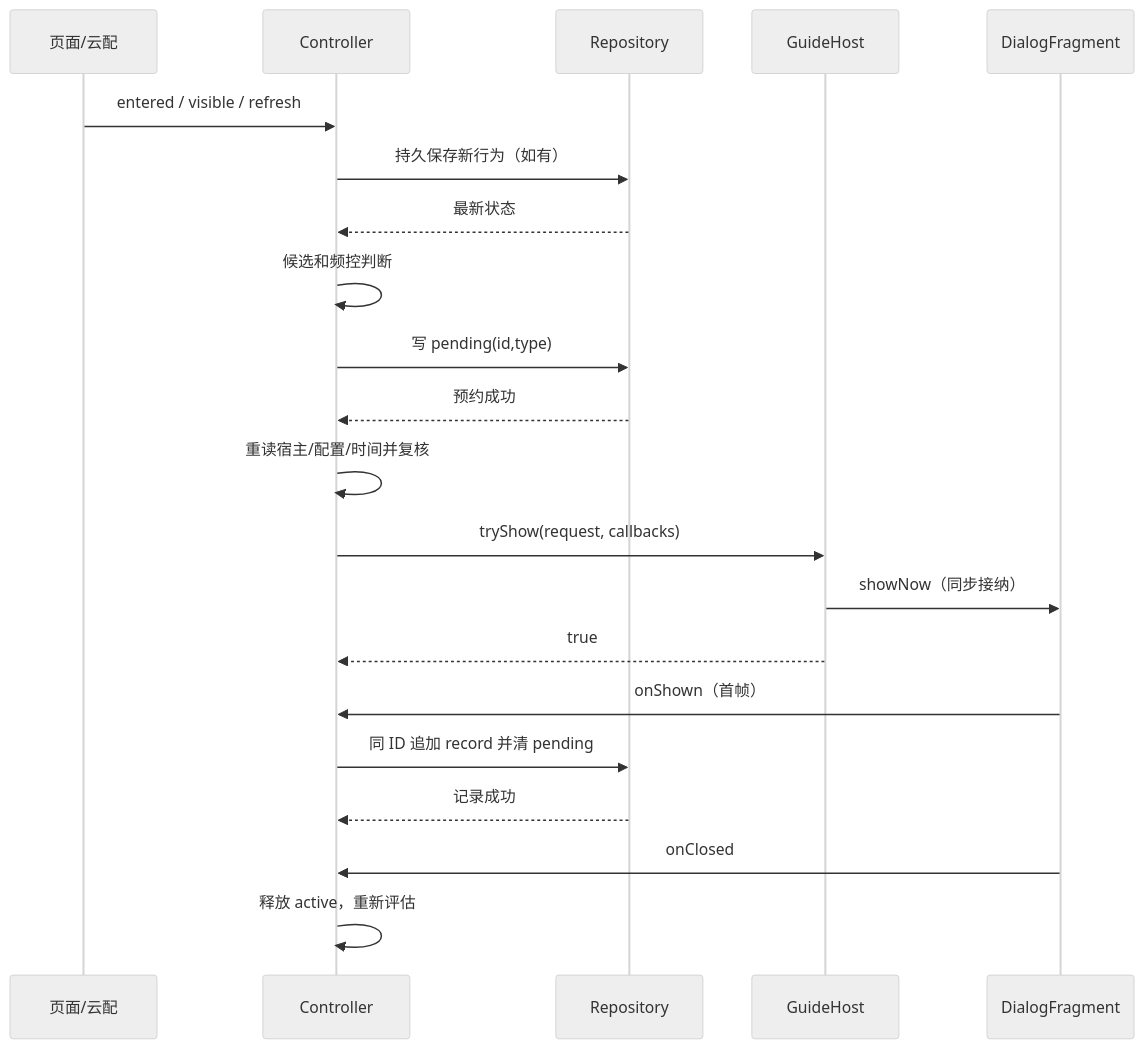
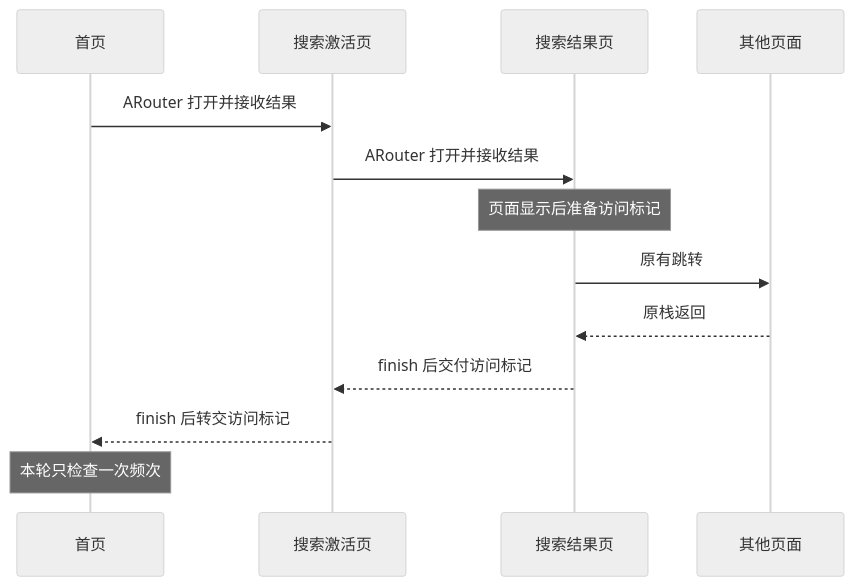
One commit to Carrie-L/Demo4 changed the diagram in docs/SYSTEM_DESIGN.md. Above: the diagram before and after it, drawn with Mermaid (neutral theme). The commit also changed other lines of this file and 4 other files, not shown here.

Commit message:
docs: rewrite B design with ARouter result callbacks

````diff
--- a/docs/SYSTEM_DESIGN.md
+++ b/docs/SYSTEM_DESIGN.md
@@ -305,23 +17,15 @@
 ```mermaid
 sequenceDiagram
-    participant Page as 页面/云配
-    participant C as Controller
-    participant R as Repository
-    participant H as GuideHost
-    participant D as DialogFragment
-    Page->>C: entered / visible / refresh
-    C->>R: 持久保存新行为（如有）
-    R-->>C: 最新状态
-    C->>C: 候选和频控判断
-    C->>R: 写 pending(id,type)
-    R-->>C: 预约成功
-    C->>C: 重读宿主/配置/时间并复核
-    C->>H: tryShow(request, callbacks)
-    H->>D: showNow（同步接纳）
-    H-->>C: true
-    D->>C: onShown（首帧）
-    C->>R: 同 ID 追加 record 并清 pending
-    R-->>C: 记录成功
-    D->>C: onClosed
-    C->>C: 释放 active，重新评估
+    participant H as 首页
+    participant A as 搜索激活页
+    participant R as 搜索结果页
+    participant X as 其他页面
+    H->>A: ARouter 打开并接收结果
+    A->>R: ARouter 打开并接收结果
+    Note over R: 页面显示后准备访问标记
+    R->>X: 原有跳转
+    X-->>R: 原栈返回
+    R-->>A: finish 后交付访问标记
+    A-->>H: finish 后转交访问标记
+    Note over H: 本轮只检查一次频次
 ```
````
